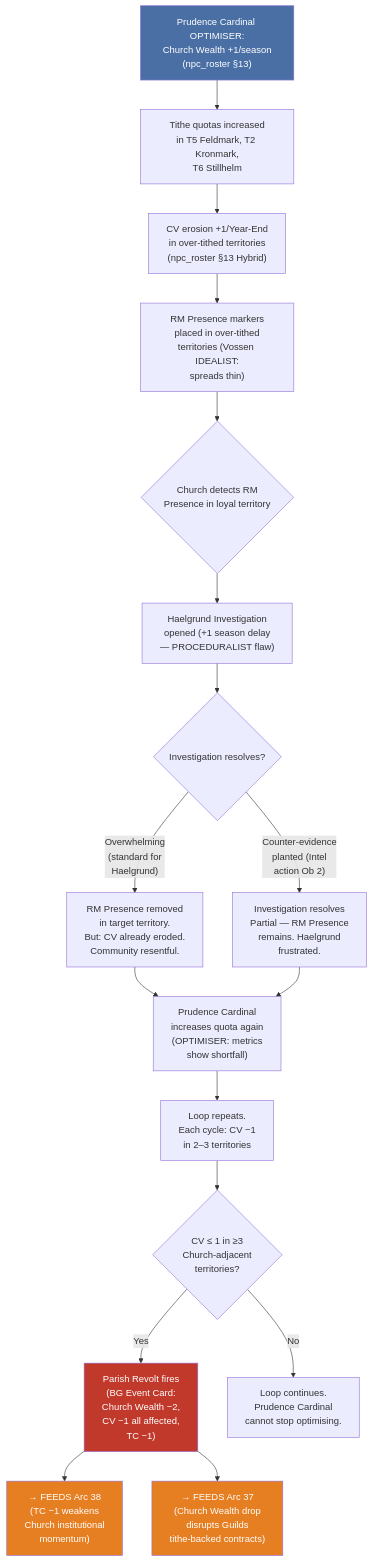
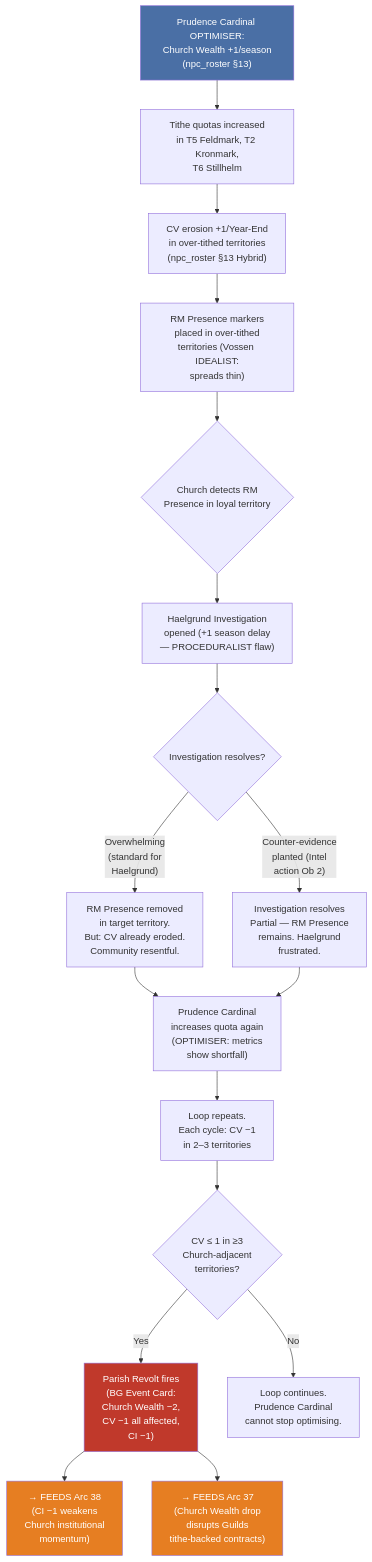
The first of 5 diagrams in designs/arcs/gm_ref/arcs_36_40.md (jordanelias/ttrpg), drawn with Mermaid before and after one commit. The commit also changed other lines of this file and 18 other files, not shown here.

````diff
--- a/designs/arcs/gm_ref/arcs_36_40.md
+++ b/designs/arcs/gm_ref/arcs_36_40.md
@@ -69,24 +69,24 @@
 ```mermaid
 flowchart TD
     A["Prudence Cardinal OPTIMISER:<br/>Church Wealth +1/season<br/>(npc_roster §13)"] --> B["Tithe quotas increased<br/>in T5 Feldmark, T2 Kronmark,<br/>T6 Stillhelm"]
     B --> C["CV erosion +1/Year-End<br/>in over-tithed territories<br/>(npc_roster §13 Hybrid)"]
     C --> D["RM Presence markers<br/>placed in over-tithed<br/>territories (Vossen IDEALIST:<br/>spreads thin)"]
     D --> E{"Church detects RM<br/>Presence in loyal territory"}
     E --> F["Haelgrund Investigation<br/>opened (+1 season delay<br/>— PROCEDURALIST flaw)"]
     F --> G{"Investigation resolves?"}
     G -->|"Overwhelming<br/>(standard for<br/>Haelgrund)"| H["RM Presence removed<br/>in target territory.<br/>But: CV already eroded.<br/>Community resentful."]
     G -->|"Counter-evidence<br/>planted (Intel<br/>action Ob 2)"| I["Investigation resolves<br/>Partial — RM Presence<br/>remains. Haelgrund<br/>frustrated."]
     H --> J["Prudence Cardinal<br/>increases quota again<br/>(OPTIMISER: metrics<br/>show shortfall)"]
     I --> J
     J --> K["Loop repeats.<br/>Each cycle: CV −1<br/>in 2–3 territories"]
     K --> L{"CV ≤ 1 in ≥3<br/>Church-adjacent<br/>territories?"}
-    L -->|Yes| M["Parish Revolt fires<br/>(BG Event Card:<br/>Church Wealth −2,<br/>CV −1 all affected,<br/>TC −1)"]
+    L -->|Yes| M["Parish Revolt fires<br/>(BG Event Card:<br/>Church Wealth −2,<br/>CV −1 all affected,<br/>CI −1)"]
     L -->|No| N["Loop continues.<br/>Prudence Cardinal<br/>cannot stop optimising."]
-    M --> O["→ FEEDS Arc 38<br/>(TC −1 weakens<br/>Church institutional<br/>momentum)"]
+    M --> O["→ FEEDS Arc 38<br/>(CI −1 weakens<br/>Church institutional<br/>momentum)"]
     M --> P["→ FEEDS Arc 37<br/>(Church Wealth drop<br/>disrupts Guilds<br/>tithe-backed contracts)"]
 
     style A fill:#4a6fa5,color:white
     style M fill:#c0392b,color:white
     style O fill:#e67e22,color:white
     style P fill:#e67e22,color:white
 ```
````
